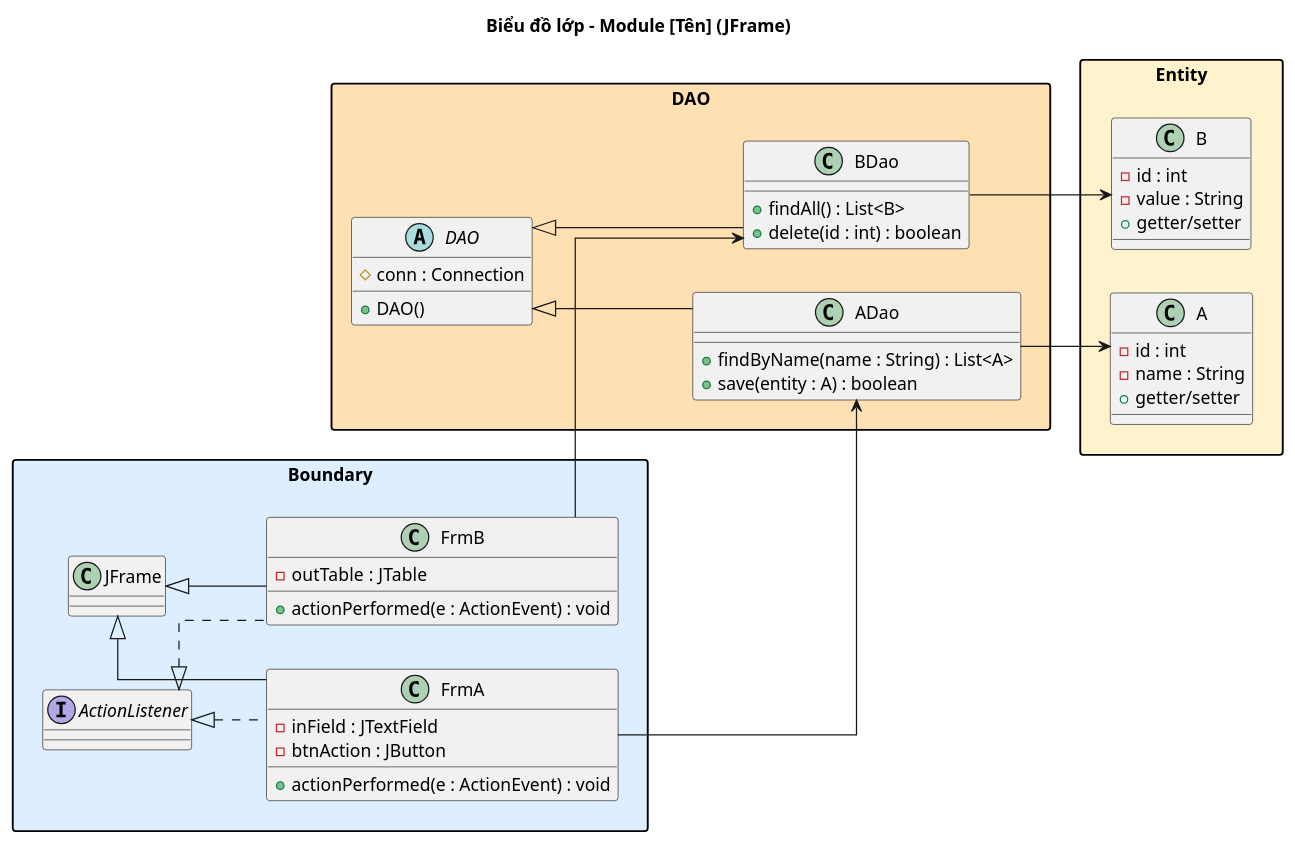
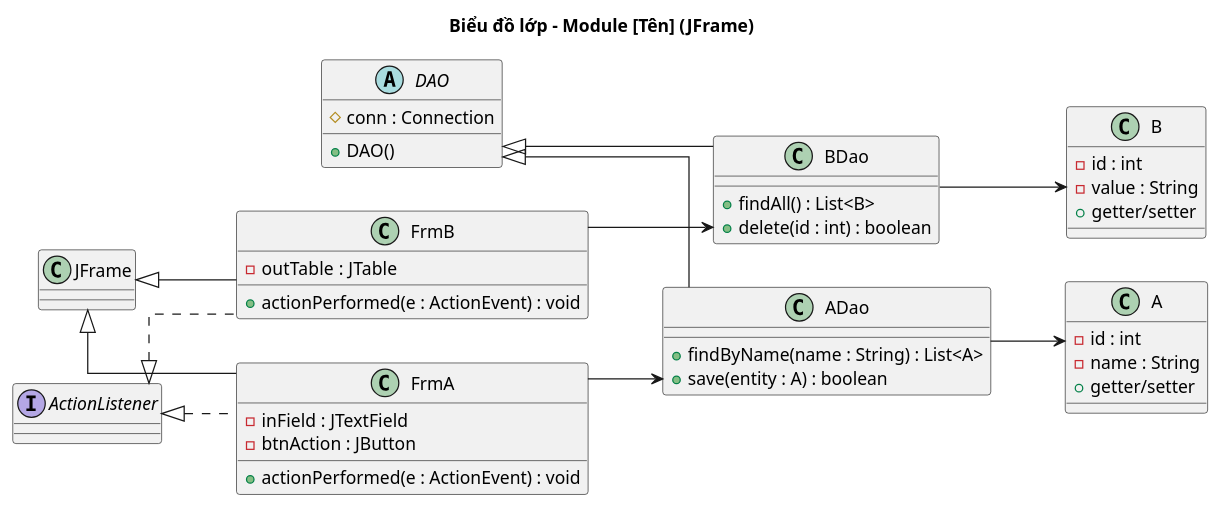
The third of 5 diagrams in .claude/skills/cnpm/SKILL.md (thanhtrnnn/cnpm), drawn with PlantUML before and after one commit. The commit also changed other lines of this file and 5 other files, not shown here.

First line of the commit message:
feat: Dialog font, white boxes, no package colors in class diagrams

````diff
--- a/.claude/skills/cnpm/SKILL.md
+++ b/.claude/skills/cnpm/SKILL.md
@@ -403,60 +403,54 @@
 ```plantuml
 @startuml
 left to right direction
 skinparam linetype ortho
 skinparam packageStyle rectangle
 skinparam packageMaxWidth 800
 title Biểu đồ lớp – Module [Tên] (JFrame)
 
-package "Boundary" #DDEEFF {
-  together {
-    class FrmA extends JFrame implements ActionListener {
-      -inField : JTextField
-      -btnAction : JButton
-      +actionPerformed(e : ActionEvent) : void
-    }
-    class FrmB extends JFrame implements ActionListener {
-      -outTable : JTable
-      +actionPerformed(e : ActionEvent) : void
-    }
+together {
+  class FrmA extends JFrame implements ActionListener {
+    -inField : JTextField
+    -btnAction : JButton
+    +actionPerformed(e : ActionEvent) : void
+  }
+  class FrmB extends JFrame implements ActionListener {
+    -outTable : JTable
+    +actionPerformed(e : ActionEvent) : void
   }
 }
 
-package "DAO" #FFE0B2 {
-  abstract class DAO {
-    #conn : Connection
-    +DAO()
+abstract class DAO {
+  #conn : Connection
+  +DAO()
+}
+together {
+  class ADao extends DAO {
+    +findByName(name : String) : List<A>
+    +save(entity : A) : boolean
   }
-  together {
-    class ADao extends DAO {
-      +findByName(name : String) : List<A>
-      +save(entity : A) : boolean
-    }
-    class BDao extends DAO {
-      +findAll() : List<B>
-      +delete(id : int) : boolean
-    }
+  class BDao extends DAO {
+    +findAll() : List<B>
+    +delete(id : int) : boolean
   }
 }
 
-package "Entity" #FFF3CD {
-  together {
-    class A {
-      -id : int
-      -name : String
-      +getter/setter
-    }
-    class B {
-      -id : int
-      -value : String
-      +getter/setter
-    }
+together {
+  class A {
+    -id : int
+    -name : String
+    +getter/setter
+  }
+  class B {
+    -id : int
+    -value : String
+    +getter/setter
   }
 }
 
 FrmA --> ADao
 FrmB --> BDao
 ADao --> A
 BDao --> B
 @enduml
 ```
````
